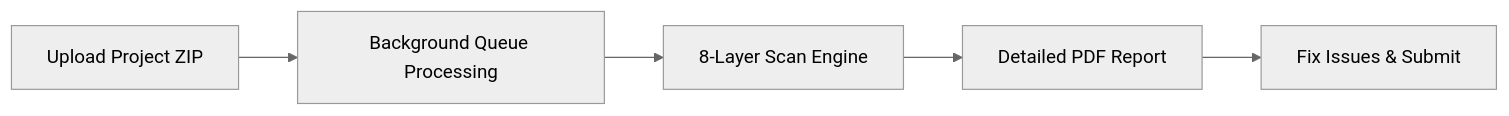
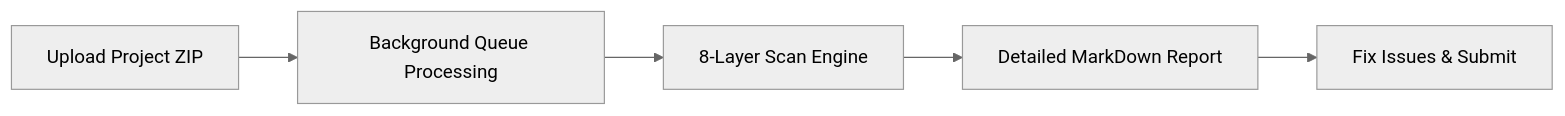
The diagram in README.md (shubra2641/Envato-Coded-Audit), drawn with Mermaid (neutral theme) before and after one commit.

````diff
--- a/README.md
+++ b/README.md
@@ -82,7 +82,7 @@
 ```mermaid
 graph LR
     A[Upload Project ZIP] --> B[Background Queue Processing]
     B --> C[8-Layer Scan Engine]
-    C --> D[Detailed PDF Report]
+    C --> D[Detailed MarkDown Report]
     D --> E[Fix Issues & Submit]
 ```
````
